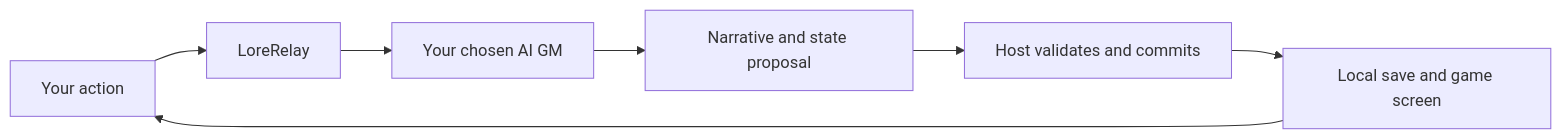
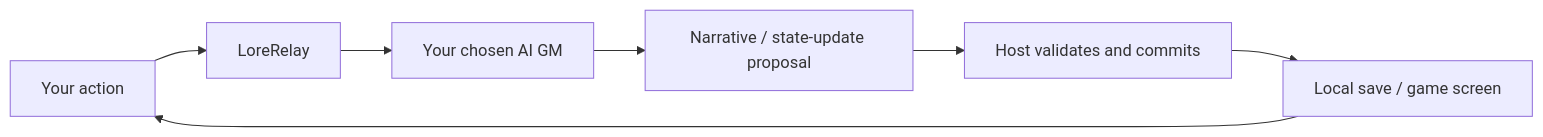
Before and after one commit to GGF1sh/LoreRelay: the diagram in README_en.md, drawn with Mermaid. The commit also changed other lines of this file, not shown here.

````diff
--- a/README_en.md
+++ b/README_en.md
@@ -68,9 +176,9 @@
 ```mermaid
 flowchart LR
     Human["Your action"] --> Host["LoreRelay"]
     Host --> AI["Your chosen AI GM"]
-    AI --> Candidate["Narrative and state proposal"]
+    AI --> Candidate["Narrative / state-update proposal"]
     Candidate --> Accept["Host validates and commits"]
-    Accept --> Local["Local save and game screen"]
+    Accept --> Local["Local save / game screen"]
     Local --> Human
 ```
````
